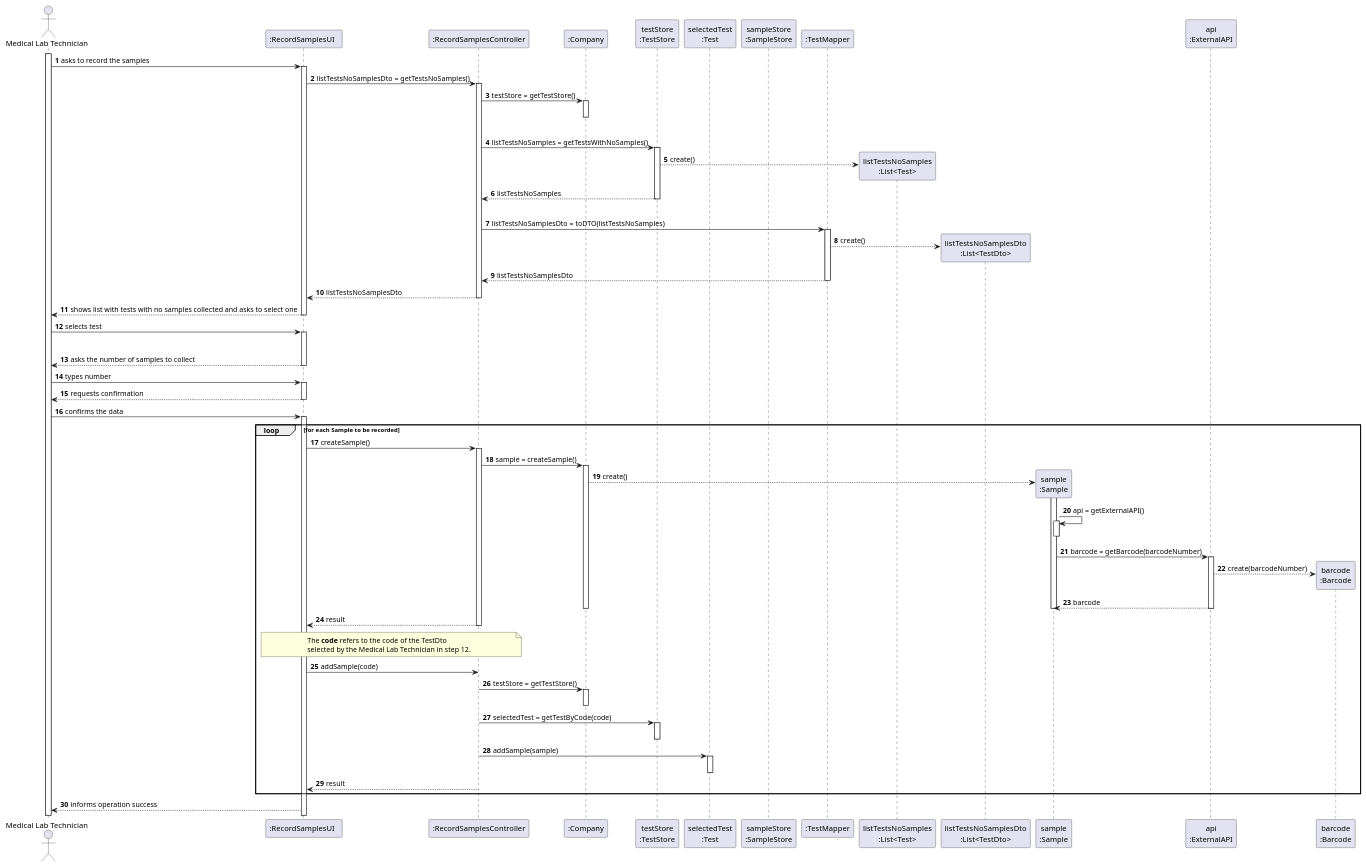
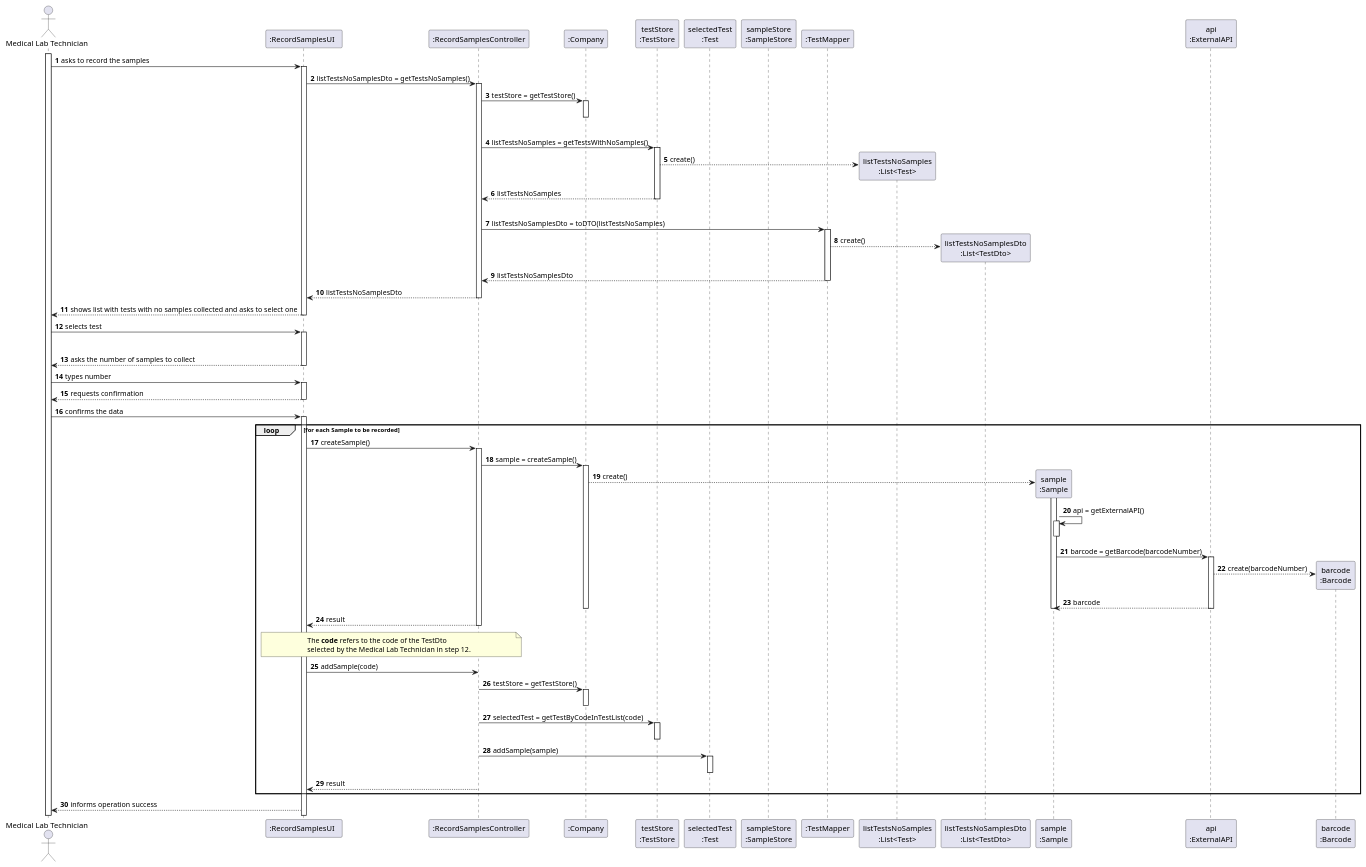
One commit to ana-albergaria/LAPR2-ISEP changed the diagram in docs/SprintC/US_5/US5_SD.puml. Above: the diagram before and after it, drawn with PlantUML. The commit also changed 16 other files, not shown here.

```diff
--- a/docs/SprintC/US_5/US5_SD.puml
+++ b/docs/SprintC/US_5/US5_SD.puml
@@ -1,199 +1,199 @@
 @startuml
 
 autonumber
 
 actor "Medical Lab Technician" as MLT
 
 participant ":RecordSamplesUI  " as UI
 participant ":RecordSamplesController" as CTRL
 participant ":Company" as COMPANY
 participant "testStore\n:TestStore" as TEST_STORE
 participant "selectedTest\n:Test" as SELECTED_TEST
 participant "sampleStore\n:SampleStore" as SAMPLE_STORE
 participant ":TestMapper" as TEST_MAPPER
 participant "listTestsNoSamples\n:List<Test>" as LIST_TESTS_NO_SAMPLES
 participant "listTestsNoSamplesDto\n:List<TestDto>" as LIST_TESTS_NO_SAMPLES_DTO
 participant "sample\n:Sample" as SAMPLE
 participant "api\n:ExternalAPI" as API
 participant "barcode\n:Barcode" as BARCODE
 
 activate MLT
 MLT -> UI : asks to record the samples
 activate UI
 
 UI -> CTRL : listTestsNoSamplesDto = getTestsNoSamples()
 activate CTRL
 
 CTRL -> COMPANY : testStore = getTestStore()
 activate COMPANY
 |||
 deactivate COMPANY
 
 CTRL -> TEST_STORE : listTestsNoSamples = getTestsWithNoSamples()
 activate TEST_STORE
 
 TEST_STORE --> LIST_TESTS_NO_SAMPLES** : create()
 
 TEST_STORE --> CTRL : listTestsNoSamples
 deactivate TEST_STORE
 |||
 
 CTRL -> TEST_MAPPER : listTestsNoSamplesDto = toDTO(listTestsNoSamples)
 activate TEST_MAPPER
 
 TEST_MAPPER --> LIST_TESTS_NO_SAMPLES_DTO** : create()
 
 TEST_MAPPER --> CTRL : listTestsNoSamplesDto
 deactivate TEST_MAPPER
 
 CTRL --> UI : listTestsNoSamplesDto
 deactivate CTRL
 
 UI --> MLT : shows list with tests with no samples collected and asks to select one
 deactivate UI
 
 
 MLT -> UI : selects test
 activate UI
 
 /'UI -> UI : selectedTestDto = (TestDto) Utils.showAndSelectOne(listTestWithNoSamplesDto, "msg")
 activate UI
 deactivate UI'/
 
 /'note over UI, CTRL
 The **code** refers to the code of the TestDto
 selected by the Medical Lab Technician.
 end note
 UI -> CTRL : selectedTest = getTestByCode(code)
 activate CTRL
 
 CTRL -> COMPANY : testStore = getTestStore()
 activate COMPANY
 deactivate COMPANY
 
 CTRL -> TEST_STORE : selectedTest = getTestByCode(code)
 activate TEST_STORE
 TEST_STORE --> SELECTED_TEST** : create()
 TEST_STORE --> CTRL : selectedTest
 deactivate TEST_STORE
 
 CTRL --> UI : selectedTest'/
 
 deactivate CTRL
 
 
 UI --> MLT : asks the number of samples to collect
 deactivate UI
 
 MLT -> UI : types number
 activate UI
 
 UI --> MLT : requests confirmation
 deactivate UI
 
 MLT -> UI : confirms the data
 activate UI
 
 loop for each Sample to be recorded
 UI -> CTRL : createSample()
 activate CTRL
 
 CTRL -> COMPANY : sample = createSample()
 activate COMPANY
 
 COMPANY --> SAMPLE** : create()
 
 
 activate SAMPLE
 
 
 SAMPLE -> SAMPLE : api = getExternalAPI()
 activate SAMPLE
 deactivate SAMPLE
 
 
 
 SAMPLE -> API : barcode = getBarcode(barcodeNumber)
 activate API
 
 API --> BARCODE** : create(barcodeNumber)
 
 API --> SAMPLE : barcode
 deactivate SAMPLE
 deactivate COMPANY
 deactivate API
 
 CTRL --> UI : result
 deactivate CTRL
 
 
 
 /'UI --> MLT : shows data and requests confirmation
 
 MLT -> UI : confirms the data'/
 
 /' SAVESAMPLE()
 UI -> CTRL : saveSample()
 activate CTRL
 
 CTRL -> COMPANY : sampleStore = getSampleStore()
 activate COMPANY
 deactivate COMPANY
 
 CTRL -> SAMPLE_STORE : saveSample(sample)
 activate SAMPLE_STORE
 
 
 SAMPLE_STORE -> SAMPLE_STORE : validateSample(sample)
 activate SAMPLE_STORE
 deactivate SAMPLE_STORE
 
 SAMPLE_STORE -> SAMPLE_STORE : addSample(sample)
 activate SAMPLE_STORE
 deactivate SAMPLE_STORE
 
 CTRL --> UI : result
 
 deactivate SAMPLE_STORE
 '/
 
 
 note over UI, CTRL
 The **code** refers to the code of the TestDto
 selected by the Medical Lab Technician in step 12.
 end note
 UI -> CTRL : addSample(code)
 
 
 
 
 CTRL -> COMPANY : testStore = getTestStore()
 activate COMPANY
 deactivate COMPANY
 
-CTRL -> TEST_STORE : selectedTest = getTestByCode(code)
+CTRL -> TEST_STORE : selectedTest = getTestByCodeInTestList(code)
 activate TEST_STORE
 deactivate TEST_STORE
 
 CTRL -> SELECTED_TEST : addSample(sample)
 activate SELECTED_TEST
 deactivate SELECTED_TEST
 
 
 /'dentro do método addSample, vai-se verificar se a sample já está lá?'/
 
 CTRL --> UI : result
 
 deactivate CTRL
 
 end
 
 UI --> MLT : informs operation success
 
 
 /'colocar requests confirmation
 e confirms the data em cima'/
 
 
 
 @enduml
```
